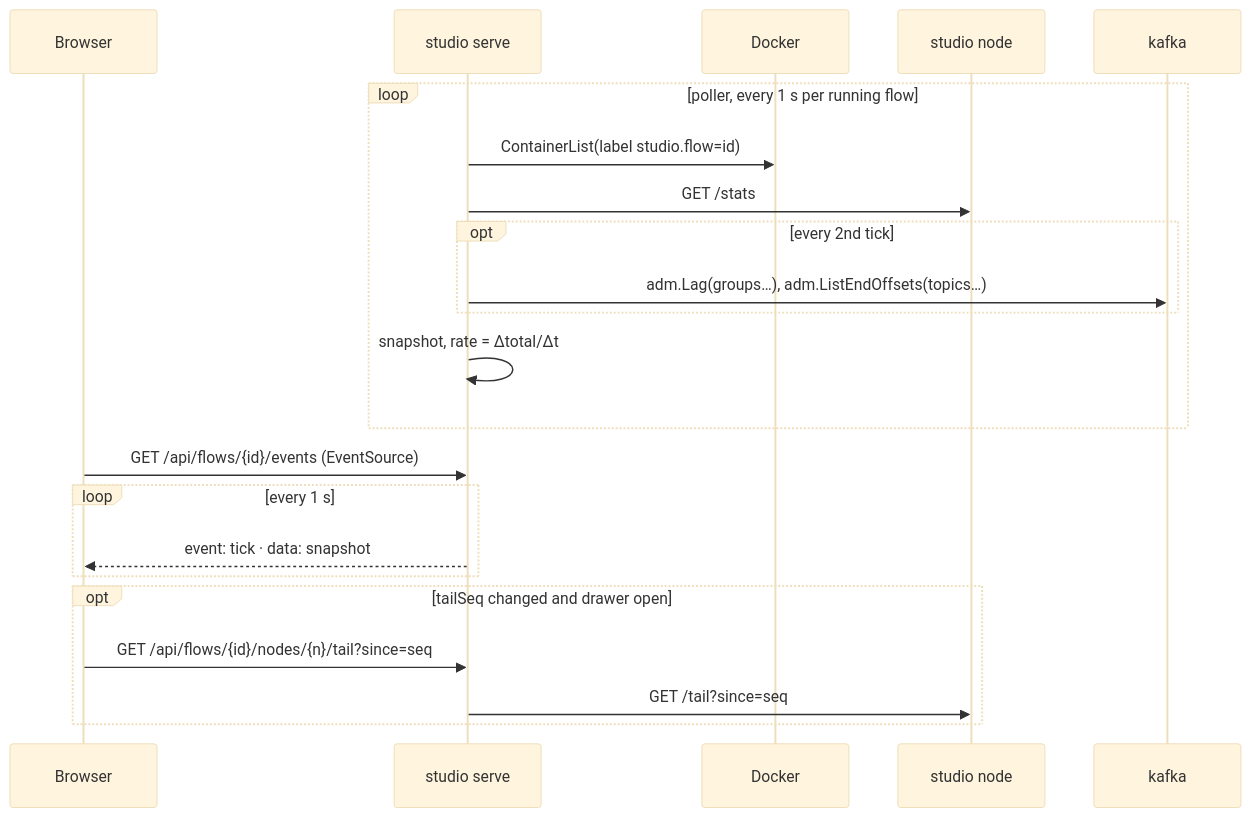
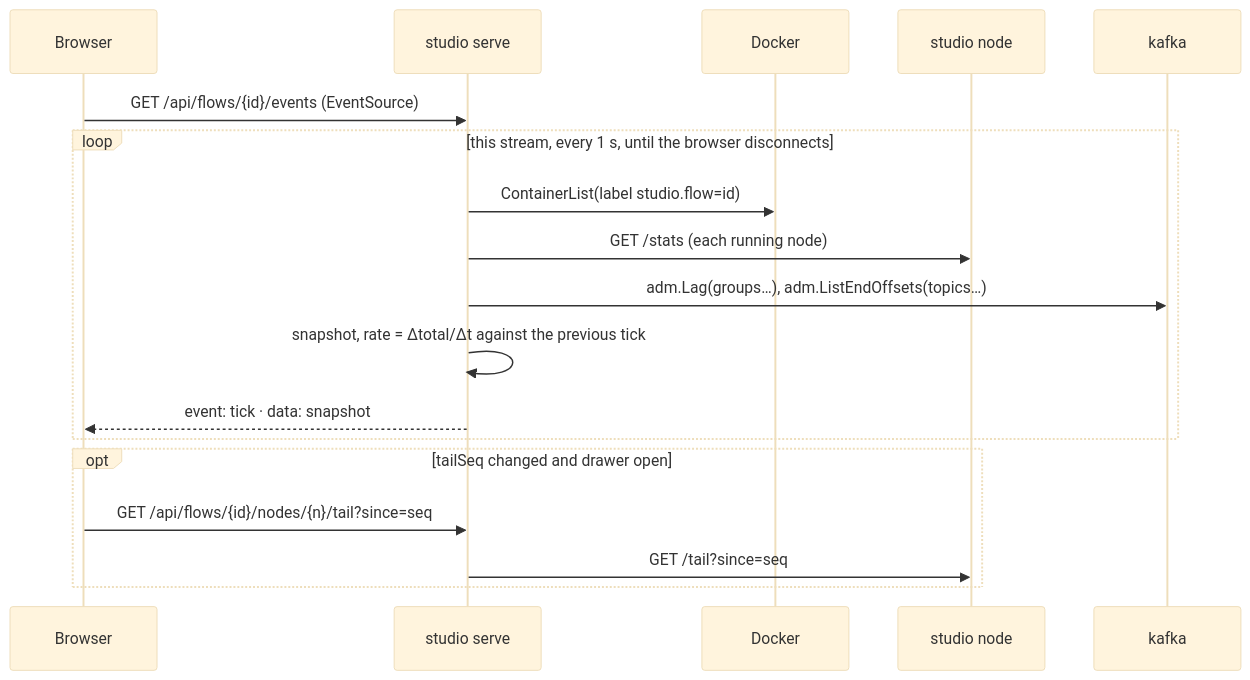
Before and after one commit to felipe-dos-santos81/kafka-playground: the third of 4 diagrams in docs/superpowers/specs/2026-10-06-pipeline-studio-design.md, drawn with Mermaid (base theme).

Commit message:
spec: live status diagram matches one loop per stream

````diff
--- a/docs/superpowers/specs/2026-10-06-pipeline-studio-design.md
+++ b/docs/superpowers/specs/2026-10-06-pipeline-studio-design.md
@@ -299,24 +299,20 @@
 ```mermaid
 sequenceDiagram
   participant B as Browser
   participant S as studio serve
   participant D as Docker
   participant N as studio node
   participant K as kafka
-  loop poller, every 1 s per running flow
+  B->>S: GET /api/flows/{id}/events (EventSource)
+  loop this stream, every 1 s, until the browser disconnects
     S->>D: ContainerList(label studio.flow=id)
-    S->>N: GET /stats
-    opt every 2nd tick
-      S->>K: adm.Lag(groups…), adm.ListEndOffsets(topics…)
-    end
-    S->>S: snapshot, rate = Δtotal/Δt
-  end
-  B->>S: GET /api/flows/{id}/events (EventSource)
-  loop every 1 s
+    S->>N: GET /stats (each running node)
+    S->>K: adm.Lag(groups…), adm.ListEndOffsets(topics…)
+    S->>S: snapshot, rate = Δtotal/Δt against the previous tick
     S-->>B: event: tick · data: snapshot
   end
   opt tailSeq changed and drawer open
     B->>S: GET /api/flows/{id}/nodes/{n}/tail?since=seq
     S->>N: GET /tail?since=seq
   end
 ```
````
